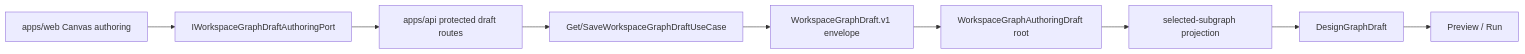
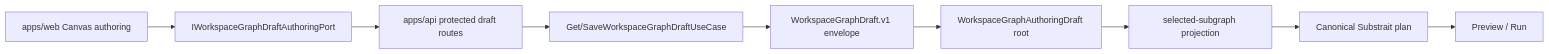
One commit to dunay2/dvt changed the second of 5 diagrams in docs/architecture/components/planner/workspace-authoring-draft-aggregate.md. Above: the diagram before and after it, drawn with Mermaid. The commit also changed other lines of this file and 136 other files, not shown here.

````diff
--- a/docs/architecture/components/planner/workspace-authoring-draft-aggregate.md
+++ b/docs/architecture/components/planner/workspace-authoring-draft-aggregate.md
@@ -120,11 +120,11 @@
 ```mermaid
 flowchart LR
   Web["apps/web Canvas authoring"] --> WebPort["IWorkspaceGraphDraftAuthoringPort"]
   WebPort --> Api["apps/api protected draft routes"]
   Api --> App["Get/SaveWorkspaceGraphDraftUseCase"]
   App --> Boundary["WorkspaceGraphDraft.v1 envelope"]
   Boundary --> Root["WorkspaceGraphAuthoringDraft root"]
   Root --> Projection["selected-subgraph projection"]
-  Projection --> Design["DesignGraphDraft"]
-  Design --> PreviewRun["Preview / Run"]
+  Projection --> Plan["Canonical Substrait plan"]
+  Plan --> PreviewRun["Preview / Run"]
 ```
````
